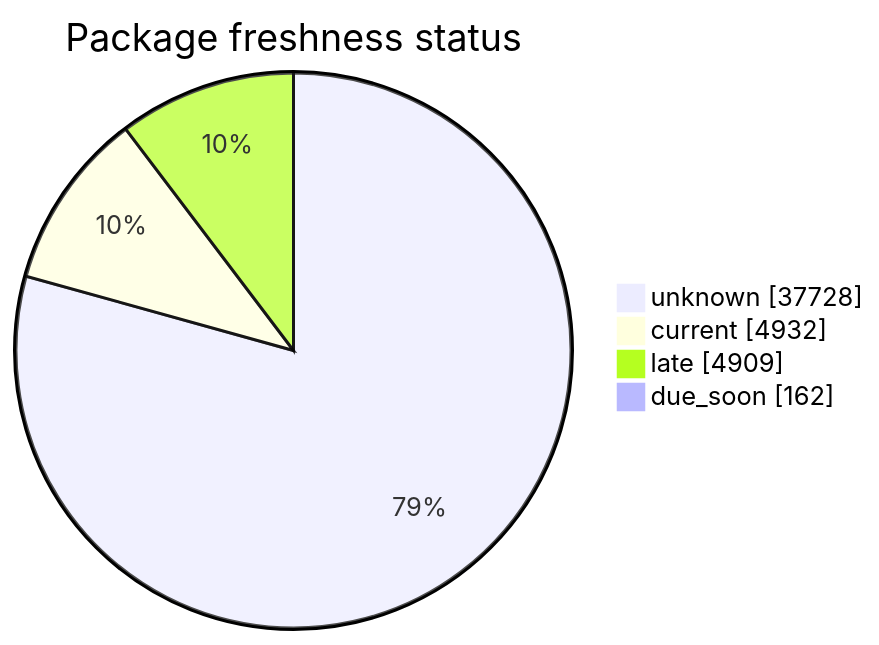
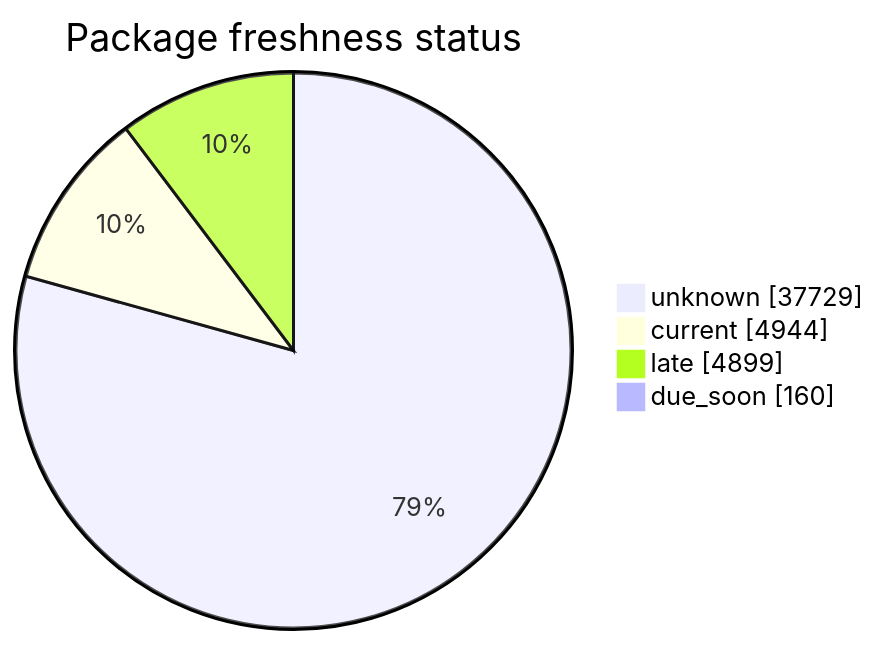
One commit to open-data/analytics-corporate-reporting changed the second of 5 diagrams in FreshCheck/README.md. Above: the diagram before and after it, drawn with Mermaid. The commit also changed other lines of this file and 3 other files, not shown here.

````diff
--- a/FreshCheck/README.md
+++ b/FreshCheck/README.md
@@ -68,7 +68,7 @@
 ```mermaid
 pie showData title Package freshness status
-    "unknown": 37728
-    "current": 4932
-    "late": 4909
-    "due_soon": 162
+    "unknown": 37729
+    "current": 4944
+    "late": 4899
+    "due_soon": 160
 ```
````
